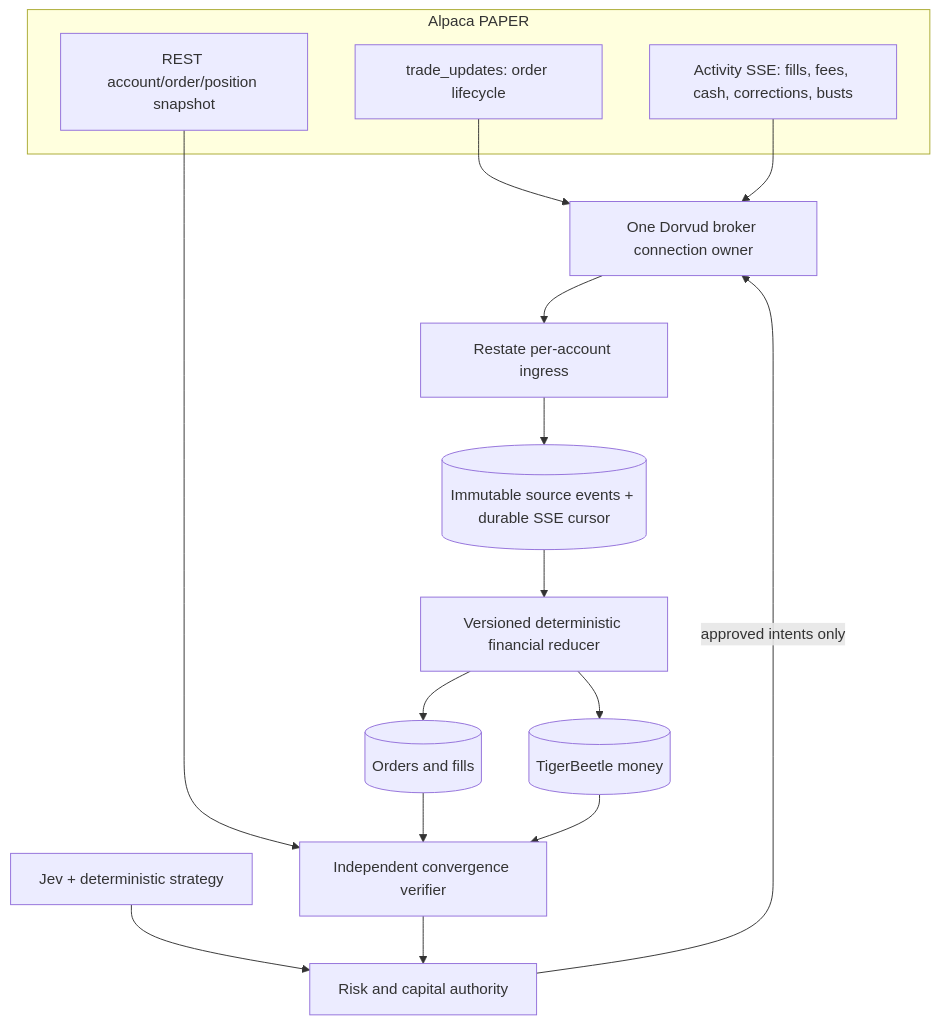
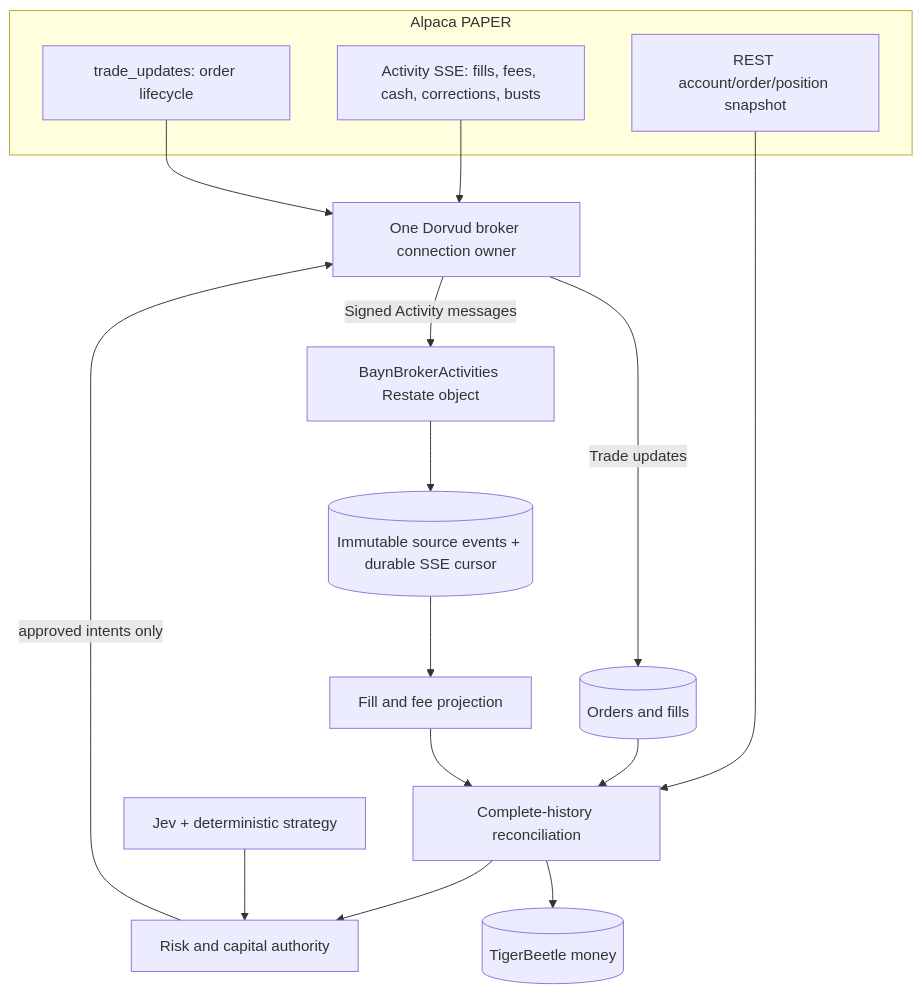
The third of 3 diagrams in docs/bayn/durable-broker-event-architecture.md (proompteng/lab), drawn with Mermaid before and after one commit. The commit also changed other lines of this file and 37 other files, not shown here.

Commit message:
feat(bayn): resume broker activities from a durable cursor

````diff
--- a/docs/bayn/durable-broker-event-architecture.md
+++ b/docs/bayn/durable-broker-event-architecture.md
@@ -166,30 +166,28 @@
 ```mermaid
 flowchart TB
   subgraph Provider[Alpaca PAPER]
     TU[trade_updates: order lifecycle]
     AS[Activity SSE: fills, fees, cash, corrections, busts]
     REST[REST account/order/position snapshot]
   end
 
   Owner[One Dorvud broker connection owner]
-  Ingress[Restate per-account ingress]
+  Ingress[BaynBrokerActivities Restate object]
   Source[(Immutable source events + durable SSE cursor)]
-  Reducer[Versioned deterministic financial reducer]
+  Reducer[Fill and fee projection]
   Order[(Orders and fills)]
   Money[(TigerBeetle money)]
-  Verify[Independent convergence verifier]
+  Verify[Complete-history reconciliation]
   Strategy[Jev + deterministic strategy]
   Risk[Risk and capital authority]
 
-  TU --> Owner
+  TU --> Owner -->|Trade updates| Order
   AS --> Owner
-  Owner --> Ingress --> Source --> Reducer
-  Reducer --> Order
-  Reducer --> Money
+  Owner -->|Signed Activity messages| Ingress --> Source --> Reducer
+  Reducer --> Verify
   REST --> Verify
-  Order --> Verify
-  Money --> Verify
+  Order --> Verify --> Money
   Strategy --> Risk
   Verify --> Risk
   Risk -->|approved intents only| Owner
 ```
````
